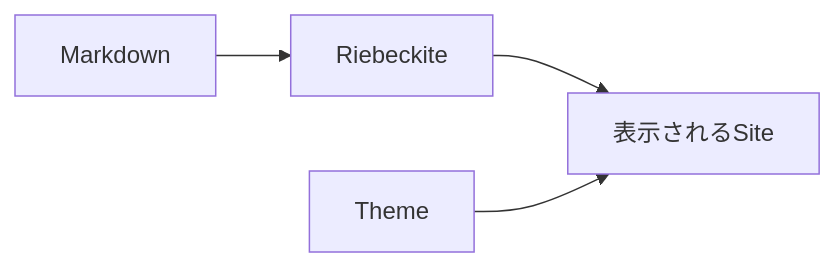
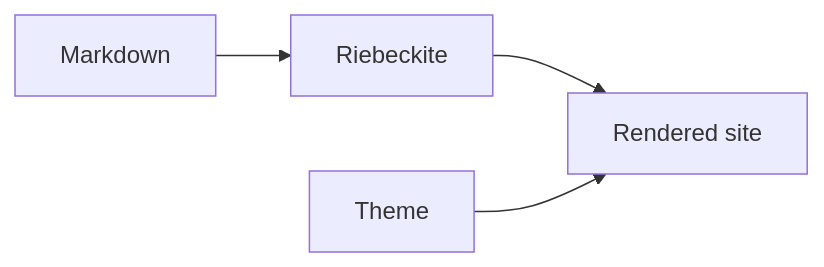
Before and after one commit to Rerurate514/riebeckite: the first of 4 diagrams in docs/docs/themes/README.md, drawn with Mermaid. The commit also changed other lines of this file and 604 other files, not shown here.

````diff
--- a/docs/docs/themes/README.md
+++ b/docs/docs/themes/README.md
@@ -25,11 +23,11 @@
-```mermaid id="pj4qqs"
+```mermaid
 flowchart LR
     Content["Markdown"]
     Riebeckite["Riebeckite"]
     Theme["Theme"]
-    Site["表示されるSite"]
+    Site["Rendered site"]
 
     Content --> Riebeckite
     Riebeckite --> Site
     Theme --> Site
 ```
````
